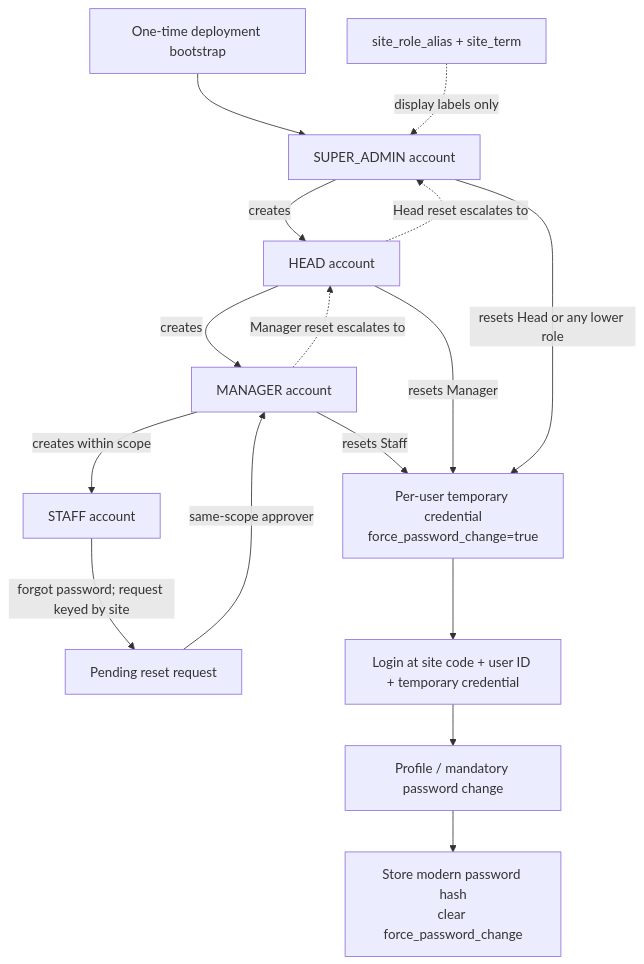
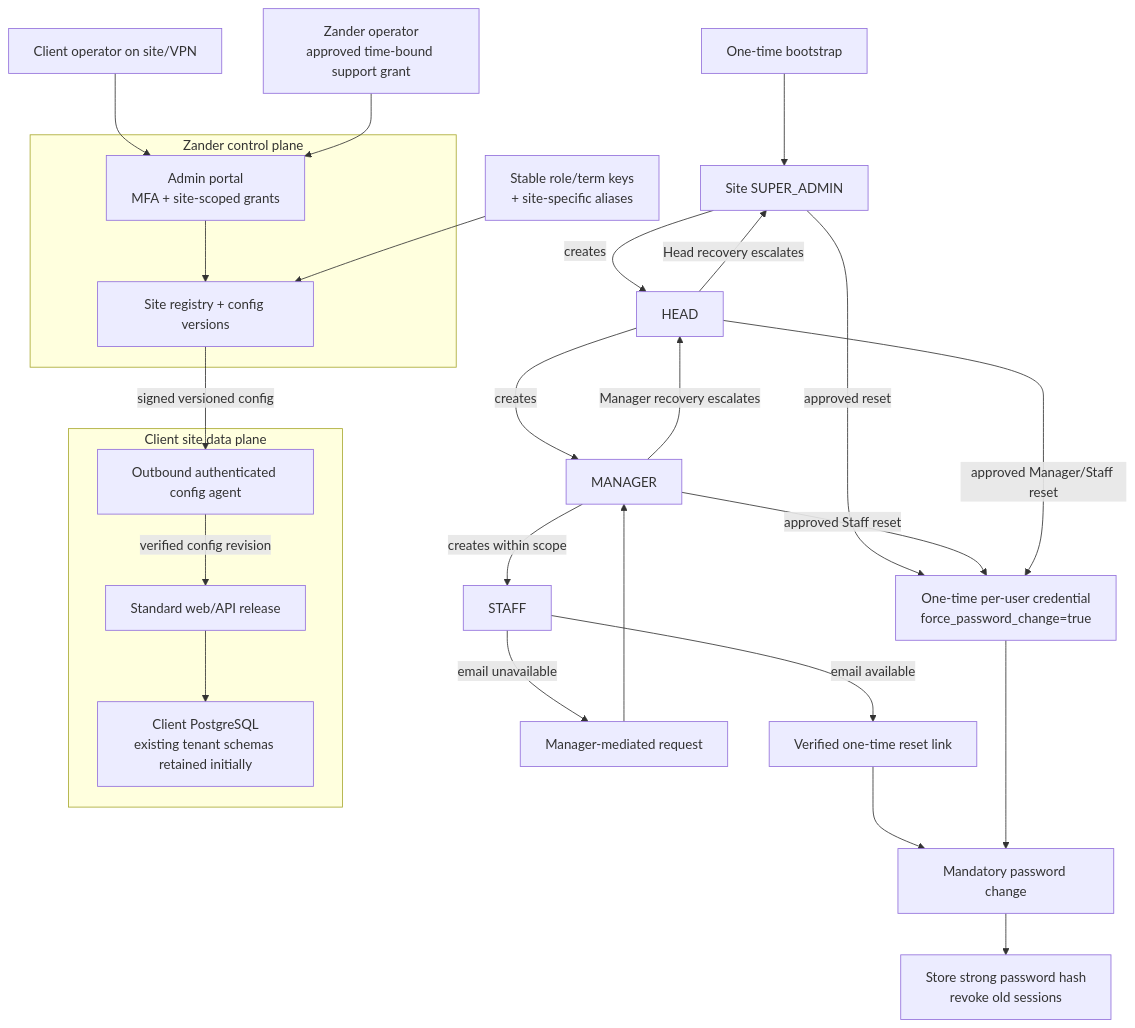
Before and after one commit to zanderai/wms_mockup: the diagram in README.md, drawn with Mermaid. The commit also changed other lines of this file, not shown here.

````diff
--- a/README.md
+++ b/README.md
@@ -309,19 +486,36 @@
 ```mermaid
 flowchart TD
-  CLI["One-time deployment bootstrap"] --> SA["SUPER_ADMIN account"]
-  SA -->|creates| HEAD["HEAD account"]
-  HEAD -->|creates| MAN["MANAGER account"]
-  MAN -->|creates within scope| STAFF["STAFF account"]
-  ALIAS["site_role_alias + site_term"] -. "display labels only" .-> SA
+  subgraph Control["Zander control plane"]
+    PORTAL["Admin portal<br/>MFA + site-scoped grants"]
+    REG["Site registry + config versions"]
+    PORTAL --> REG
+  end
+  subgraph Site["Client site data plane"]
+    AGENT["Outbound authenticated config agent"]
+    WEB["Standard web/API release"]
+    DB["Client PostgreSQL<br/>existing tenant schemas retained initially"]
+    AGENT -->|"verified config revision"| WEB
+    WEB --> DB
+  end
+  REG -->|"signed versioned config"| AGENT
+  LOCAL["Client operator on site/VPN"] --> PORTAL
+  SUPPORT["Zander operator<br/>approved time-bound support grant"] --> PORTAL
 
-  STAFF -->|forgot password; request keyed by site| REQ["Pending reset request"]
-  REQ -->|same-scope approver| MAN
-  MAN -->|resets Staff| TEMP["Per-user temporary credential<br/>force_password_change=true"]
-  MAN -. "Manager reset escalates to" .-> HEAD
-  HEAD -->|resets Manager| TEMP
-  HEAD -. "Head reset escalates to" .-> SA
-  SA -->|resets Head or any lower role| TEMP
-  TEMP --> LOGIN["Login at site code + user ID + temporary credential"]
-  LOGIN --> CHANGE["Profile / mandatory password change"]
-  CHANGE --> HASH["Store modern password hash<br/>clear force_password_change"]
+  BOOT["One-time bootstrap"] --> SA["Site SUPER_ADMIN"]
+  SA -->|creates| HEAD["HEAD"]
+  HEAD -->|creates| MAN["MANAGER"]
+  MAN -->|creates within scope| STAFF["STAFF"]
+  TERMS["Stable role/term keys<br/>+ site-specific aliases"] --> REG
+
+  STAFF -->|email available| SELF["Verified one-time reset link"]
+  STAFF -->|email unavailable| REQ["Manager-mediated request"]
+  REQ --> MAN
+  MAN -->|Manager recovery escalates| HEAD
+  HEAD -->|Head recovery escalates| SA
+  SA -->|approved reset| TEMP["One-time per-user credential<br/>force_password_change=true"]
+  MAN -->|approved Staff reset| TEMP
+  HEAD -->|approved Manager/Staff reset| TEMP
+  SELF --> CHANGE["Mandatory password change"]
+  TEMP --> CHANGE
+  CHANGE --> HASH["Store strong password hash<br/>revoke old sessions"]
 ```
````
